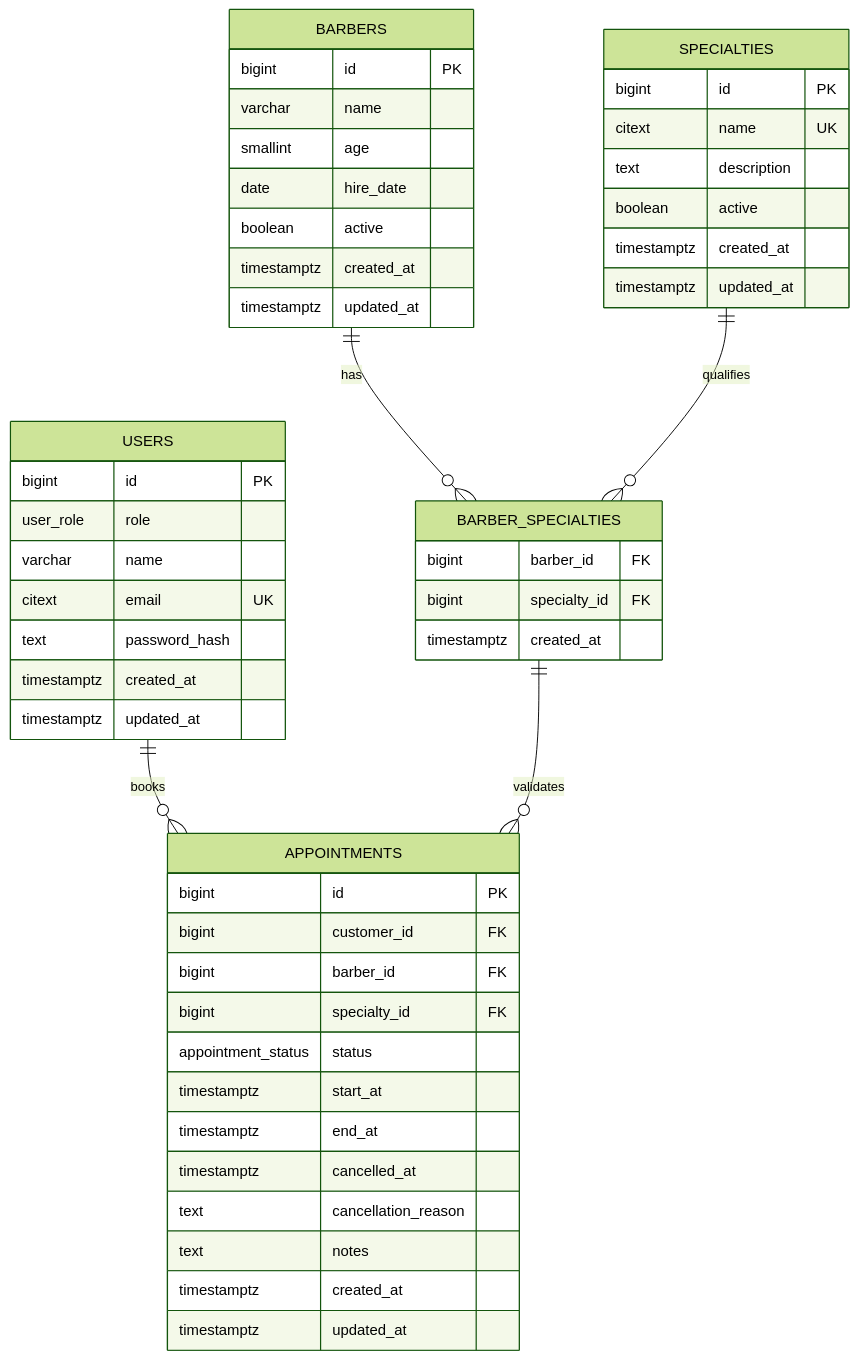
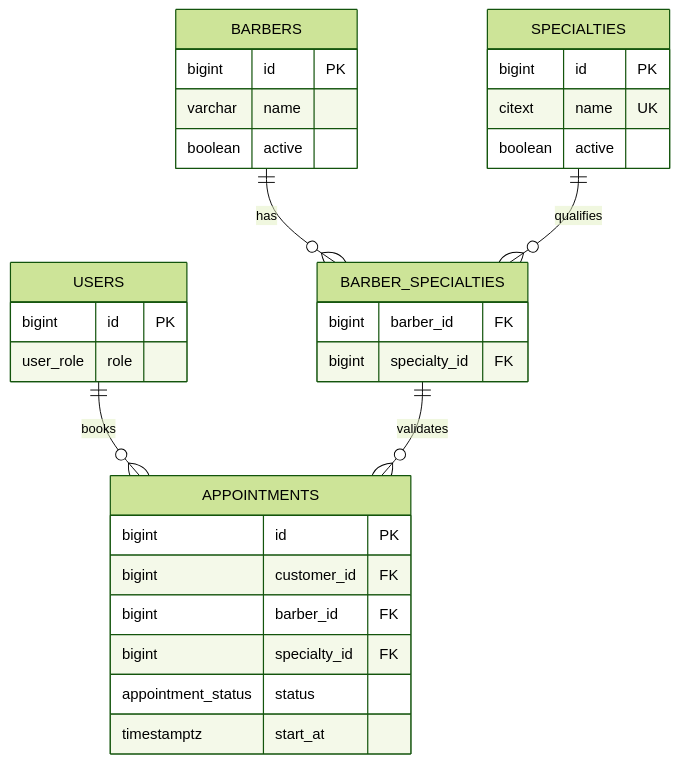
Before and after one commit to arthurlongue/NicattoBeard_Arthur_Longue: the diagram in README.md, drawn with Mermaid (forest theme). The commit also changed other lines of this file, not shown here.

````diff
--- a/README.md
+++ b/README.md
@@ -153,57 +100,38 @@
 ```mermaid
 erDiagram
     USERS {
         bigint id PK
         user_role role
-        varchar name
-        citext email UK
-        text password_hash
-        timestamptz created_at
-        timestamptz updated_at
     }
 
     BARBERS {
         bigint id PK
         varchar name
-        smallint age
-        date hire_date
         boolean active
-        timestamptz created_at
-        timestamptz updated_at
     }
 
     SPECIALTIES {
         bigint id PK
         citext name UK
-        text description
         boolean active
-        timestamptz created_at
-        timestamptz updated_at
     }
 
     BARBER_SPECIALTIES {
         bigint barber_id FK
         bigint specialty_id FK
-        timestamptz created_at
     }
 
     APPOINTMENTS {
         bigint id PK
         bigint customer_id FK
         bigint barber_id FK
         bigint specialty_id FK
         appointment_status status
         timestamptz start_at
-        timestamptz end_at
-        timestamptz cancelled_at
-        text cancellation_reason
-        text notes
-        timestamptz created_at
-        timestamptz updated_at
     }
 
     USERS ||--o{ APPOINTMENTS : books
     BARBERS ||--o{ BARBER_SPECIALTIES : has
     SPECIALTIES ||--o{ BARBER_SPECIALTIES : qualifies
     BARBER_SPECIALTIES ||--o{ APPOINTMENTS : validates
 ```
````
